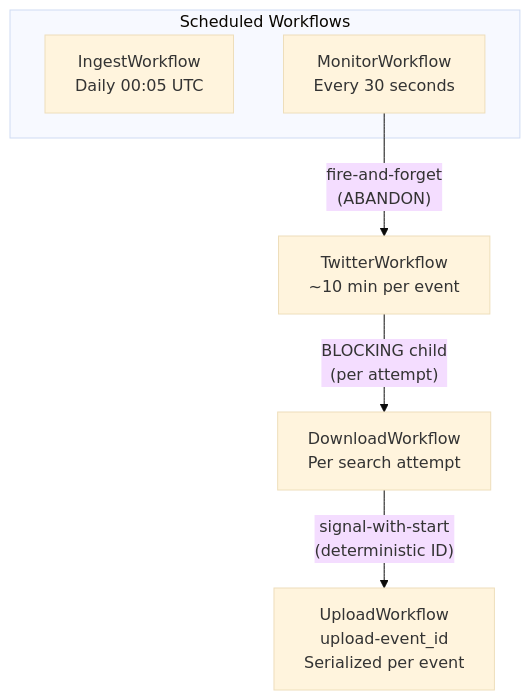
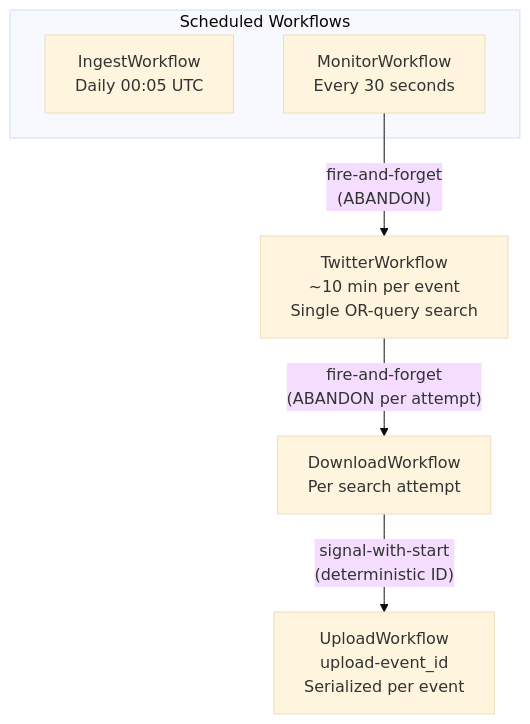
One commit to vedantadhobley/found-footy changed the third of 4 diagrams in ARCHITECTURE.md. Above: the diagram before and after it, drawn with Mermaid (base theme). The commit also changed other lines of this file, not shown here.

First line of the commit message:
docs: fix ARCHITECTURE.md — Twitter→Download is fire-and-forget, single OR-query

````diff
--- a/ARCHITECTURE.md
+++ b/ARCHITECTURE.md
@@ -118,15 +118,15 @@
 ```mermaid
 flowchart TB
     subgraph SCHEDULED["Scheduled Workflows"]
         INGEST[IngestWorkflow<br/>Daily 00:05 UTC]
         MONITOR[MonitorWorkflow<br/>Every 30 seconds]
     end
 
-    TWITTER[TwitterWorkflow<br/>~10 min per event]
+    TWITTER[TwitterWorkflow<br/>~10 min per event<br/>Single OR-query search]
     DOWNLOAD[DownloadWorkflow<br/>Per search attempt]
     UPLOAD[UploadWorkflow<br/>upload-event_id<br/>Serialized per event]
 
     MONITOR -->|"fire-and-forget<br/>(ABANDON)"| TWITTER
-    TWITTER -->|"BLOCKING child<br/>(per attempt)"| DOWNLOAD
+    TWITTER -->|"fire-and-forget<br/>(ABANDON per attempt)"| DOWNLOAD
     DOWNLOAD -->|"signal-with-start<br/>(deterministic ID)"| UPLOAD
 ```
````
